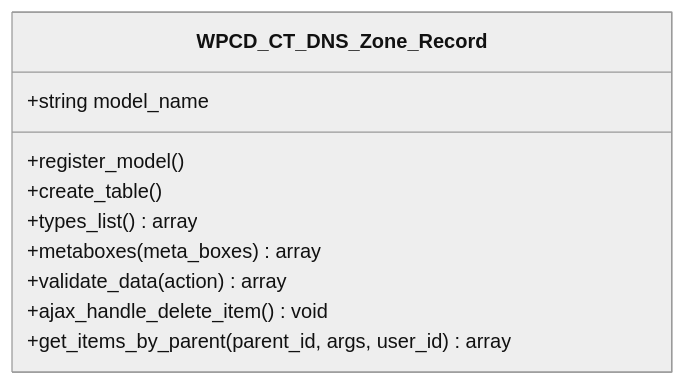
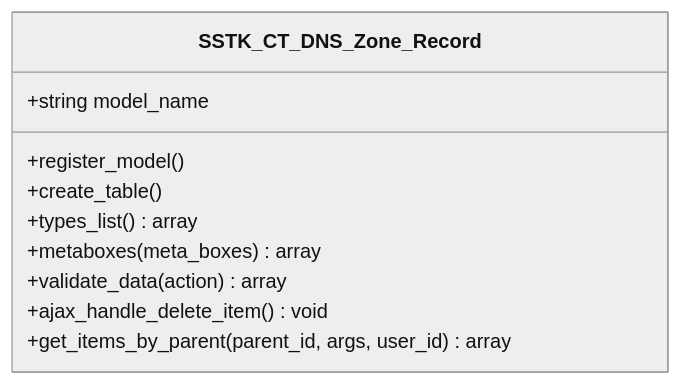
The sixth of 7 diagrams in .qoder/repowiki/en/content/Data Management/DNS Data Structures.md (onedogsolutions/simple-stack), drawn with Mermaid (neutral theme) before and after one commit. The commit also changed other lines of this file and 5941 other files, not shown here.

````diff
--- a/.qoder/repowiki/en/content/Data Management/DNS Data Structures.md
+++ b/.qoder/repowiki/en/content/Data Management/DNS Data Structures.md
@@ -284,13 +284,13 @@
 ```mermaid
 classDiagram
-class WPCD_CT_DNS_Zone_Record {
+class SSTK_CT_DNS_Zone_Record {
 +string model_name
 +register_model()
 +create_table()
 +types_list() array
 +metaboxes(meta_boxes) array
 +validate_data(action) array
 +ajax_handle_delete_item() void
 +get_items_by_parent(parent_id, args, user_id) array
 }
 ```
````
